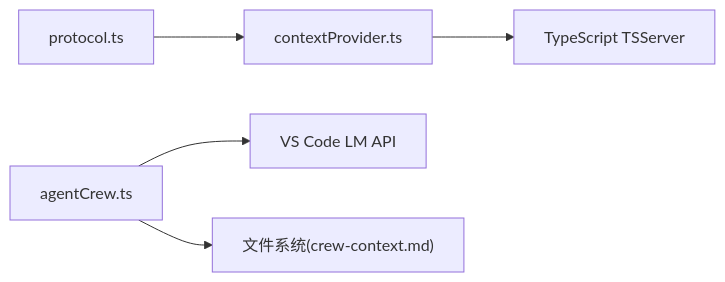
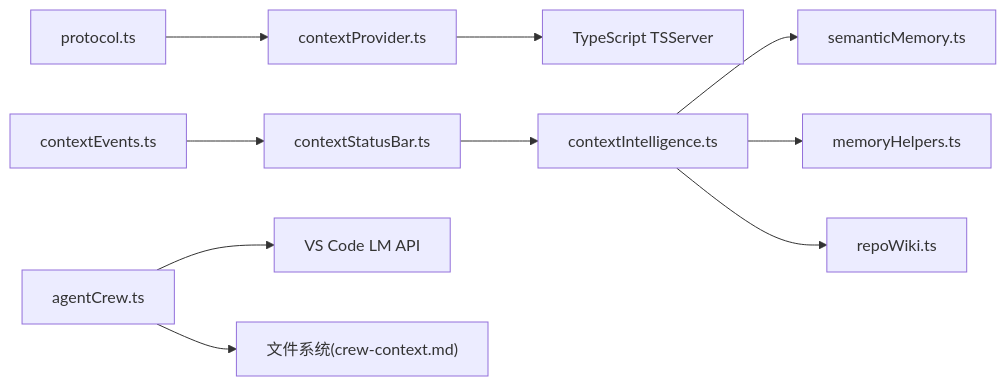
Before and after one commit to sofate798/KodrixCode: the fifth of 5 diagrams in .qoder/repowiki/zh/content/架构设计/Agent 操作系统架构/上下文管理机制.md, drawn with Mermaid. The commit also changed other lines of this file and 84 other files, not shown here.

````diff
--- a/.qoder/repowiki/zh/content/架构设计/Agent 操作系统架构/上下文管理机制.md
+++ b/.qoder/repowiki/zh/content/架构设计/Agent 操作系统架构/上下文管理机制.md
@@ -287,7 +405,12 @@
 ```mermaid
 graph LR
 PR["protocol.ts"] --> CP["contextProvider.ts"]
 CP --> TS["TypeScript TSServer"]
+CI["contextIntelligence.ts"] --> SM["semanticMemory.ts"]
+CI --> MH["memoryHelpers.ts"]
+CI --> RW["repoWiki.ts"]
+CS["contextStatusBar.ts"] --> CI
+CE["contextEvents.ts"] --> CS
 CREW["agentCrew.ts"] --> VS["VS Code LM API"]
 CREW --> FS["文件系统(crew-context.md)"]
 ```
````
